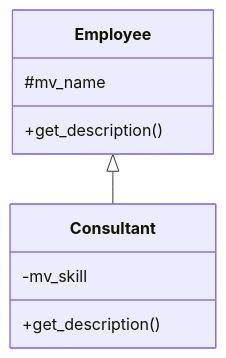
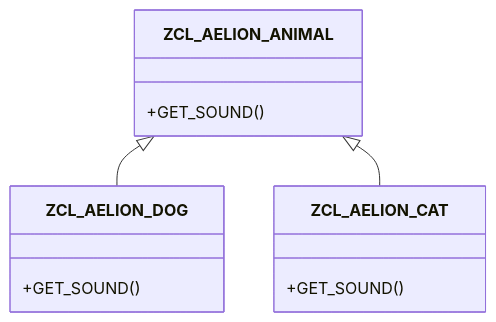
Before and after one commit to AiKanSya/Aelion: the diagram in └─ 🧩 002 - DEVELOPPEMENT ABAP OBJECT/└─ 🧩 02 - CLASSE/12 - 🍧 HERITAGE ET POLYMORPHISME.md, drawn with Mermaid. The commit also changed other lines of this file and 292 other files, not shown here.

````diff
--- a/└─ 🧩 002 - DEVELOPPEMENT ABAP OBJECT/└─ 🧩 02 - CLASSE/12 - 🍧 HERITAGE ET POLYMORPHISME.md
+++ b/└─ 🧩 002 - DEVELOPPEMENT ABAP OBJECT/└─ 🧩 02 - CLASSE/12 - 🍧 HERITAGE ET POLYMORPHISME.md
@@ -24,12 +16,14 @@
 ```mermaid
 classDiagram
-    class Employee {
-      +get_description()
-      #mv_name
+    class ZCL_AELION_ANIMAL {
+      +GET_SOUND()
     }
-    class Consultant {
-      -mv_skill
-      +get_description()
+    class ZCL_AELION_DOG {
+      +GET_SOUND()
     }
-    Employee <|-- Consultant
+    class ZCL_AELION_CAT {
+      +GET_SOUND()
+    }
+    ZCL_AELION_ANIMAL <|-- ZCL_AELION_DOG
+    ZCL_AELION_ANIMAL <|-- ZCL_AELION_CAT
 ```
````
